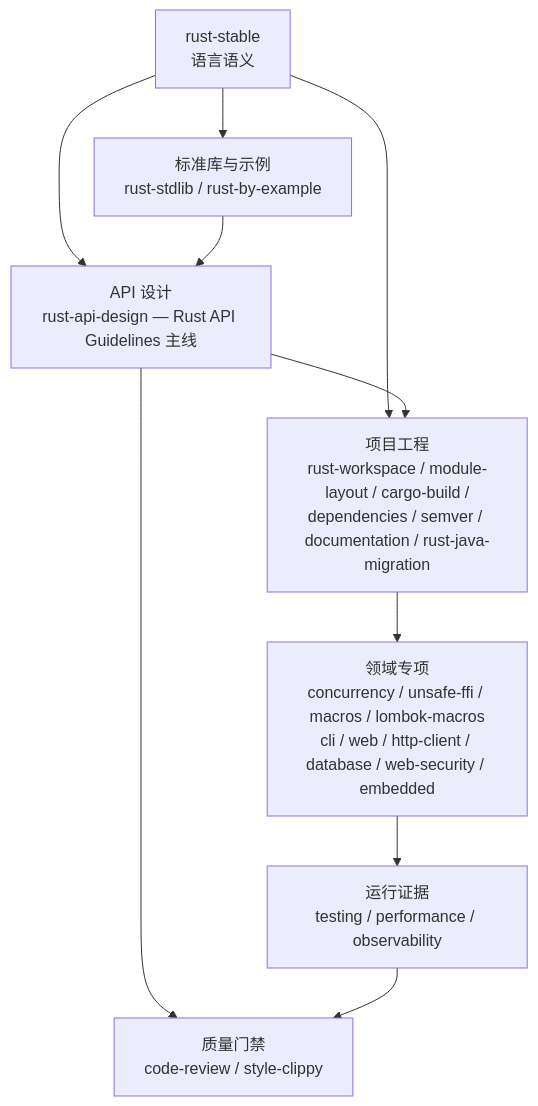
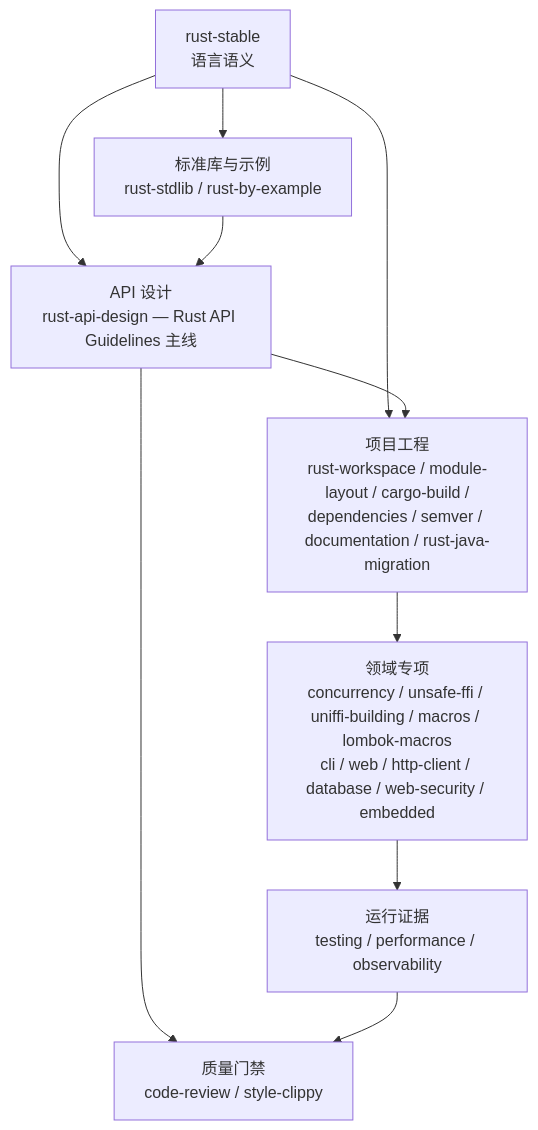
Before and after one commit to full-stack-skills/rust-skills: the diagram in README.zh-CN.md, drawn with Mermaid. The commit also changed other lines of this file and 45 other files, not shown here.

````diff
--- a/README.zh-CN.md
+++ b/README.zh-CN.md
@@ -55,20 +55,20 @@
 ```mermaid
 flowchart TB
     S["rust-stable<br/>语言语义"]
     L["标准库与示例<br/>rust-stdlib / rust-by-example"]
     A["API 设计<br/>rust-api-design — Rust API Guidelines 主线"]
     P["项目工程<br/>rust-workspace / module-layout / cargo-build /<br/>dependencies / semver / documentation / rust-java-migration"]
-    D["领域专项<br/>concurrency / unsafe-ffi / macros / lombok-macros<br/>cli / web / http-client / database / web-security / embedded"]
+    D["领域专项<br/>concurrency / unsafe-ffi / uniffi-building / macros / lombok-macros<br/>cli / web / http-client / database / web-security / embedded"]
     O["运行证据<br/>testing / performance / observability"]
     Q["质量门禁<br/>code-review / style-clippy"]
 
     S --> L
     S --> A
     L --> A
     S --> P
     A --> P
     A --> Q
     P --> D
     D --> O
     O --> Q
 ```
````
